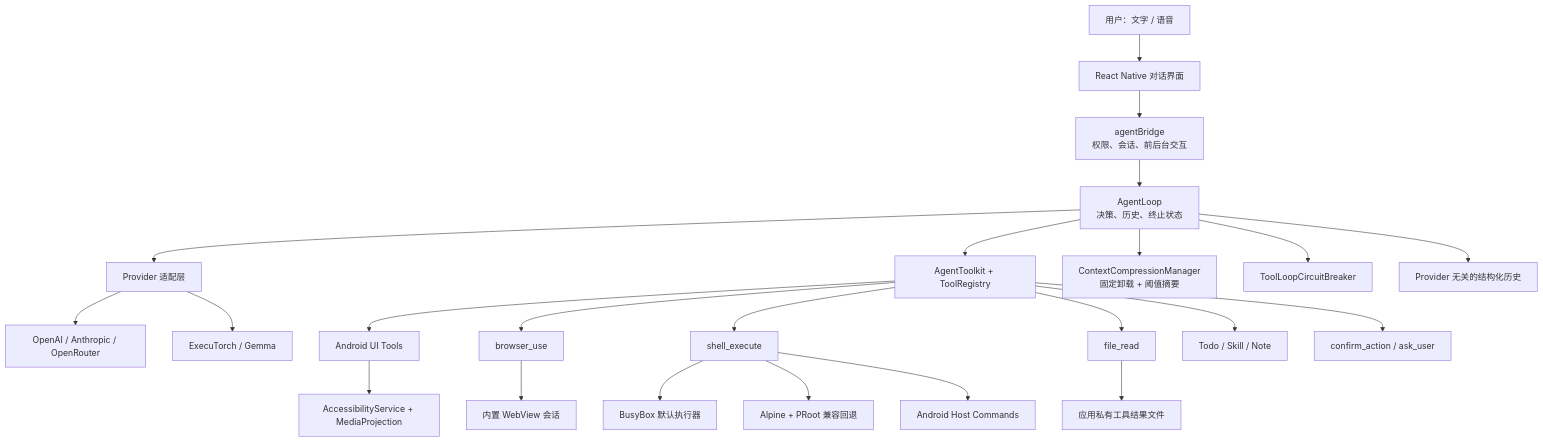
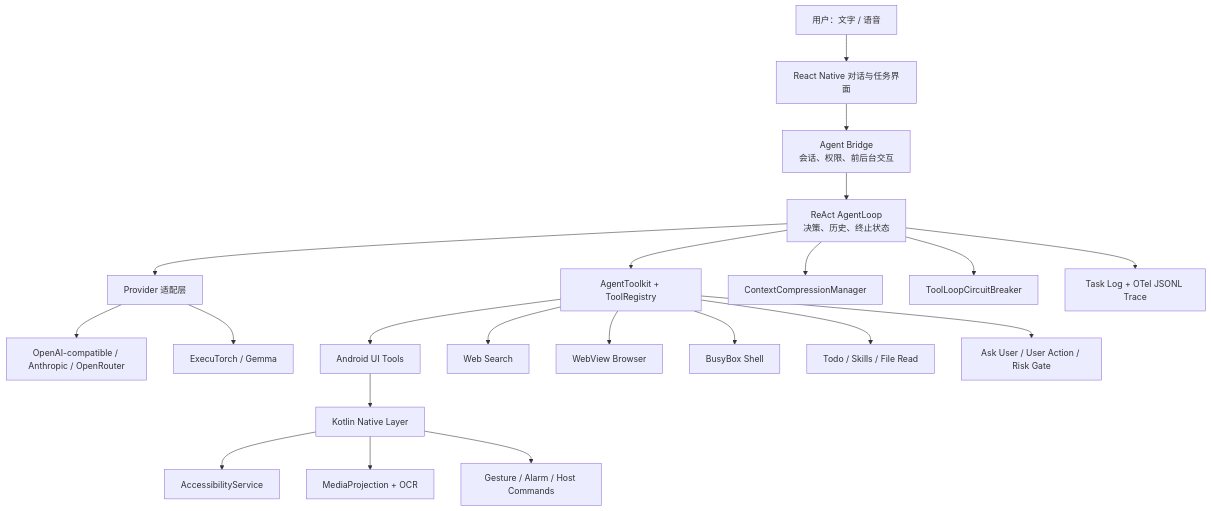
The diagram in Readme.md (GaiyHub/vision-route-search), drawn with Mermaid before and after one commit. The commit also changed other lines of this file and 7 other files, not shown here.

````diff
--- a/Readme.md
+++ b/Readme.md
@@ -111,29 +116,27 @@
 ```mermaid
 flowchart TD
-    U["用户：文字 / 语音"] --> CHAT["React Native 对话界面"]
-    CHAT --> BRIDGE["agentBridge\n权限、会话、前后台交互"]
-    BRIDGE --> LOOP["AgentLoop\n决策、历史、终止状态"]
+    USER["用户：文字 / 语音"] --> CHAT["React Native 对话与任务界面"]
+    CHAT --> BRIDGE["Agent Bridge\n会话、权限、前后台交互"]
+    BRIDGE --> LOOP["ReAct AgentLoop\n决策、历史、终止状态"]
 
-    LOOP --> PROVIDERS["Provider 适配层"]
-    PROVIDERS --> CLOUD["OpenAI / Anthropic / OpenRouter"]
-    PROVIDERS --> LOCAL["ExecuTorch / Gemma"]
+    LOOP --> PROVIDER["Provider 适配层"]
+    PROVIDER --> CLOUD["OpenAI-compatible / Anthropic / OpenRouter"]
+    PROVIDER --> LOCAL["ExecuTorch / Gemma"]
 
     LOOP --> TOOLKIT["AgentToolkit + ToolRegistry"]
-    LOOP --> CONTEXT["ContextCompressionManager\n固定卸载 + 阈值摘要"]
+    LOOP --> CONTEXT["ContextCompressionManager"]
+    LOOP --> BREAKER["ToolLoopCircuitBreaker"]
+    LOOP --> TRACE["Task Log + OTel JSONL Trace"]
+
     TOOLKIT --> UI["Android UI Tools"]
-    TOOLKIT --> BROWSER["browser_use"]
-    TOOLKIT --> SHELL["shell_execute"]
-    TOOLKIT --> FILEREAD["file_read"]
-    TOOLKIT --> STATE["Todo / Skill / Note"]
-    TOOLKIT --> GATES["confirm_action / ask_user"]
+    TOOLKIT --> SEARCH["Web Search"]
+    TOOLKIT --> BROWSER["WebView Browser"]
+    TOOLKIT --> SHELL["BusyBox Shell"]
+    TOOLKIT --> STATE["Todo / Skills / File Read"]
+    TOOLKIT --> GATE["Ask User / User Action / Risk Gate"]
 
-    UI --> A11Y["AccessibilityService + MediaProjection"]
-    BROWSER --> WEBVIEW["内置 WebView 会话"]
-    SHELL --> BUSYBOX["BusyBox 默认执行器"]
-    SHELL --> ALPINE["Alpine + PRoot 兼容回退"]
-    SHELL --> HOST["Android Host Commands"]
-    FILEREAD --> ARTIFACTS["应用私有工具结果文件"]
-
-    LOOP --> BREAKER["ToolLoopCircuitBreaker"]
-    LOOP --> HISTORY["Provider 无关的结构化历史"]
+    UI --> NATIVE["Kotlin Native Layer"]
+    NATIVE --> A11Y["AccessibilityService"]
+    NATIVE --> VISION["MediaProjection + OCR"]
+    NATIVE --> ANDROID["Gesture / Alarm / Host Commands"]
 ```
````
